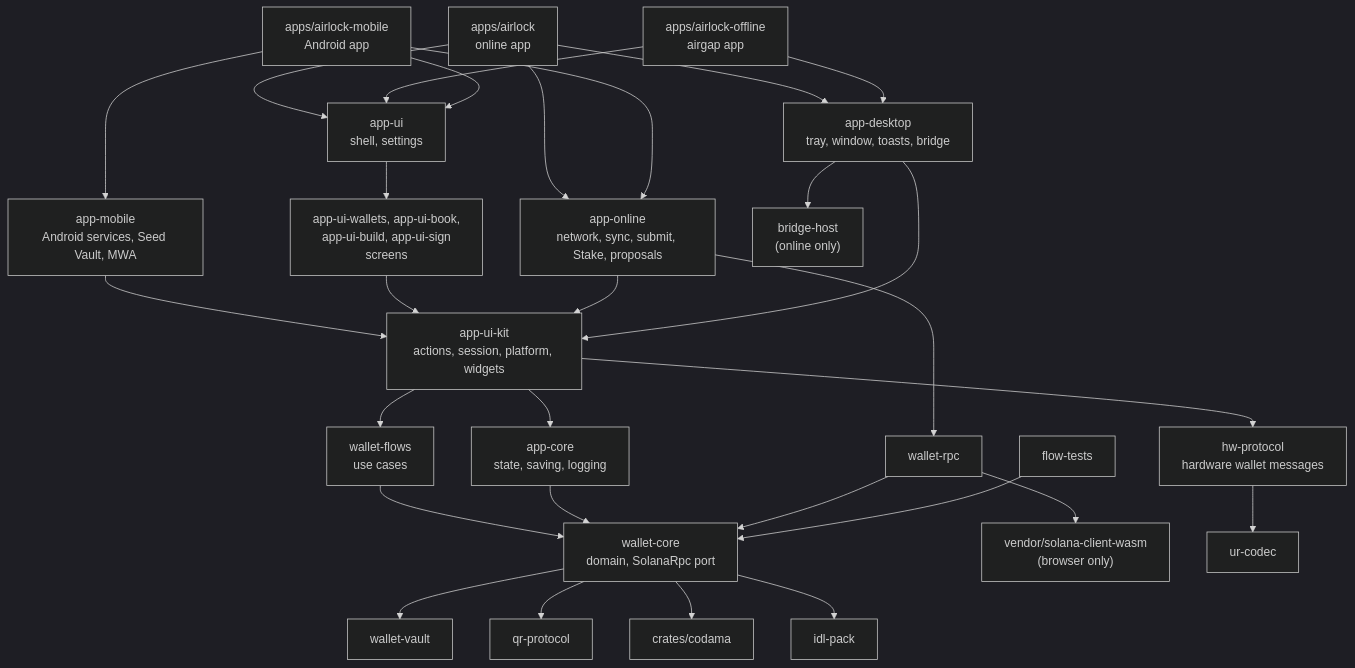
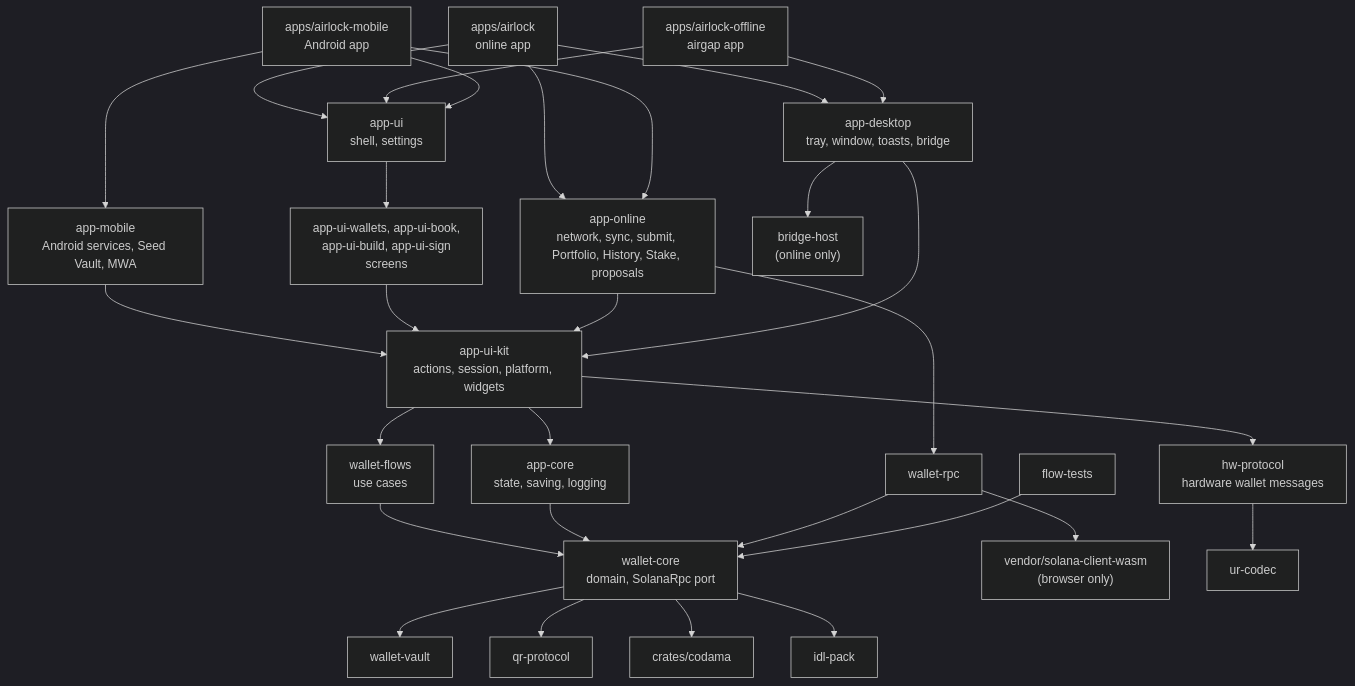
The second of 2 diagrams in README.md (tiago18c/airlock), drawn with Mermaid (dark theme) before and after one commit. The commit also changed other lines of this file, not shown here.

Commit message:
README: app-online has the Portfolio and History screens too

````diff
--- a/README.md
+++ b/README.md
@@ -155,31 +155,31 @@
 ```mermaid
 flowchart TD
   Online["apps/airlock<br/>online app"] --> Shell["app-ui<br/>shell, settings"]
   Airgap["apps/airlock-offline<br/>airgap app"] --> Shell
-  Online --> OnlinePieces["app-online<br/>network, sync, submit, Stake, proposals"]
+  Online --> OnlinePieces["app-online<br/>network, sync, submit, Portfolio, History, Stake, proposals"]
   Online --> Desktop["app-desktop<br/>tray, window, toasts, bridge"]
   Airgap --> Desktop
   Mobile["apps/airlock-mobile<br/>Android app"] --> Shell
   Mobile --> OnlinePieces
   Mobile --> MobileSvc["app-mobile<br/>Android services, Seed Vault, MWA"]
   MobileSvc --> Kit
   Shell --> Screens["app-ui-wallets, app-ui-book,<br/>app-ui-build, app-ui-sign<br/>screens"]
   Screens --> Kit["app-ui-kit<br/>actions, session, platform, widgets"]
   OnlinePieces --> Kit
   Desktop --> Kit
   Desktop --> BridgeHost["bridge-host<br/>(online only)"]
   Kit --> AppCore["app-core<br/>state, saving, logging"]
   Kit --> Flows["wallet-flows<br/>use cases"]
   OnlinePieces --> RPCc["wallet-rpc"]
   Flows --> Core["wallet-core<br/>domain, SolanaRpc port"]
   AppCore --> Core
   RPCc --> Core
   RPCc --> WasmClient["vendor/solana-client-wasm<br/>(browser only)"]
   Core --> Vault["wallet-vault"]
   Core --> QR["qr-protocol"]
   Core --> Codama["crates/codama"]
   Core --> Pack["idl-pack"]
   Kit --> HW["hw-protocol<br/>hardware wallet messages"]
   HW --> UR["ur-codec"]
   FlowTests["flow-tests"] --> Core
 ```
````
